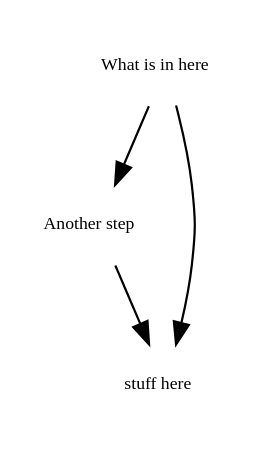
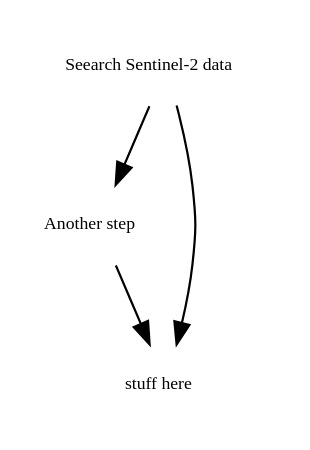
One commit to bcgov/wps-research changed the diagram in py/extract/example.dot. Above: the diagram before and after it, drawn with Graphviz.

```diff
--- a/py/extract/example.dot
+++ b/py/extract/example.dot
@@ -1,12 +1,12 @@
 digraph D {
 node [shape=plaintext fontname="Sans serif" fontsize="8"];
 
-task_1 [label=<What is in here>];  
+task_1 [label=<Seearch Sentinel-2 data>];  
 task_2 [label=<Another step> ];
 task_3 [label=<stuff here> ];
 
 task_1 -> task_2;
 task_2 -> task_3;
 task_1 -> task_3;
 
 }
```
